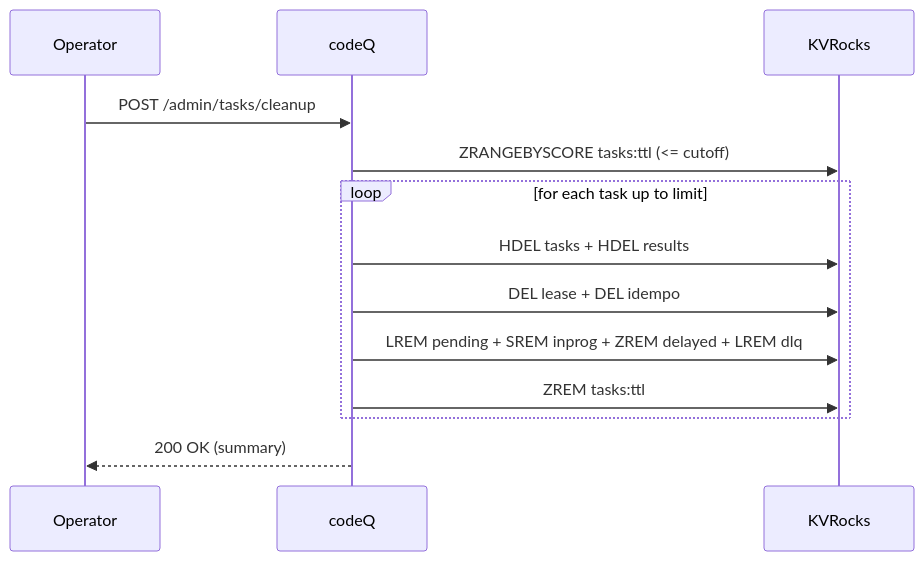
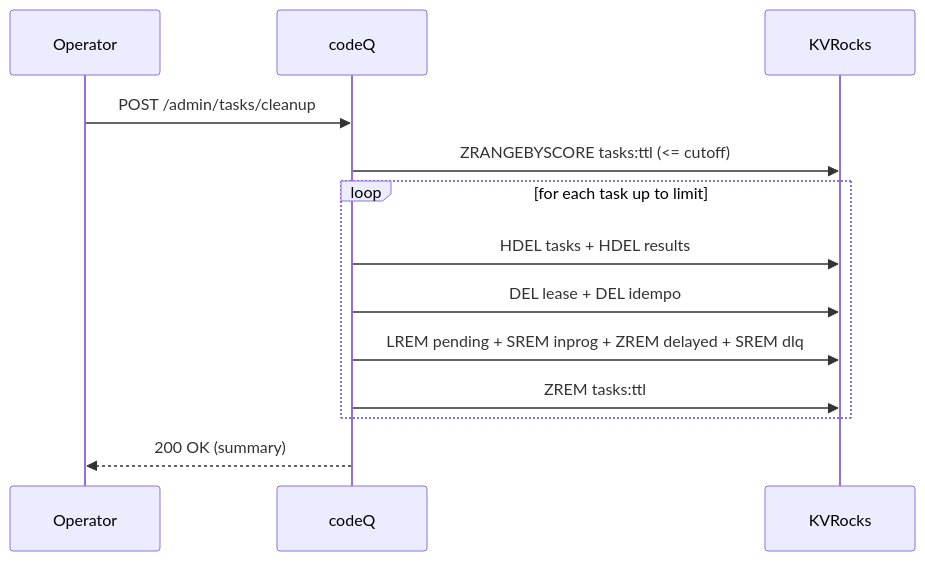
One commit to osvaldoandrade/codeq changed the diagram in wiki/Use-Cases-Admin-Cleanup.md. Above: the diagram before and after it, drawn with Mermaid. The commit also changed 11 other files, not shown here.

````diff
--- a/wiki/Use-Cases-Admin-Cleanup.md
+++ b/wiki/Use-Cases-Admin-Cleanup.md
@@ -26,16 +26,16 @@
 ```mermaid
 sequenceDiagram
   participant O as Operator
   participant Q as codeQ
   participant K as KVRocks
 
   O->>Q: POST /admin/tasks/cleanup
   Q->>K: ZRANGEBYSCORE tasks:ttl (<= cutoff)
   loop for each task up to limit
     Q->>K: HDEL tasks + HDEL results
     Q->>K: DEL lease + DEL idempo
-    Q->>K: LREM pending + SREM inprog + ZREM delayed + LREM dlq
+    Q->>K: LREM pending + SREM inprog + ZREM delayed + SREM dlq
     Q->>K: ZREM tasks:ttl
   end
   Q-->>O: 200 OK (summary)
 ```
````
